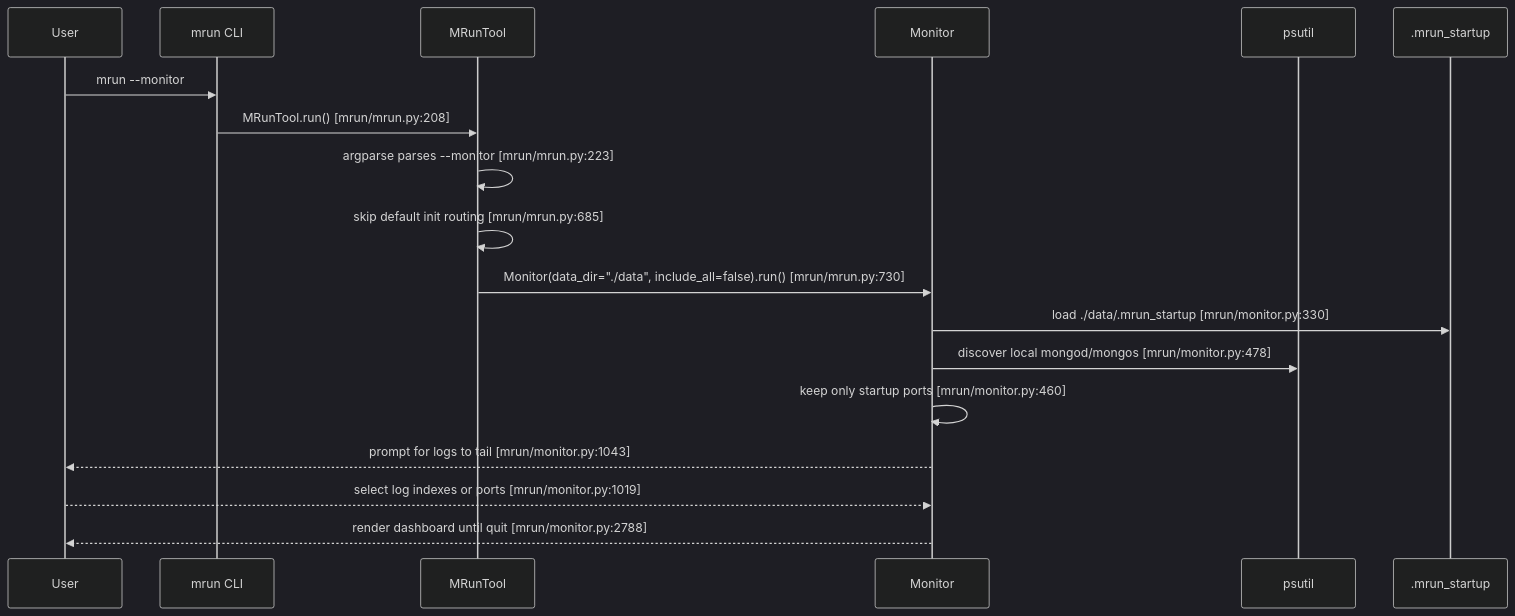
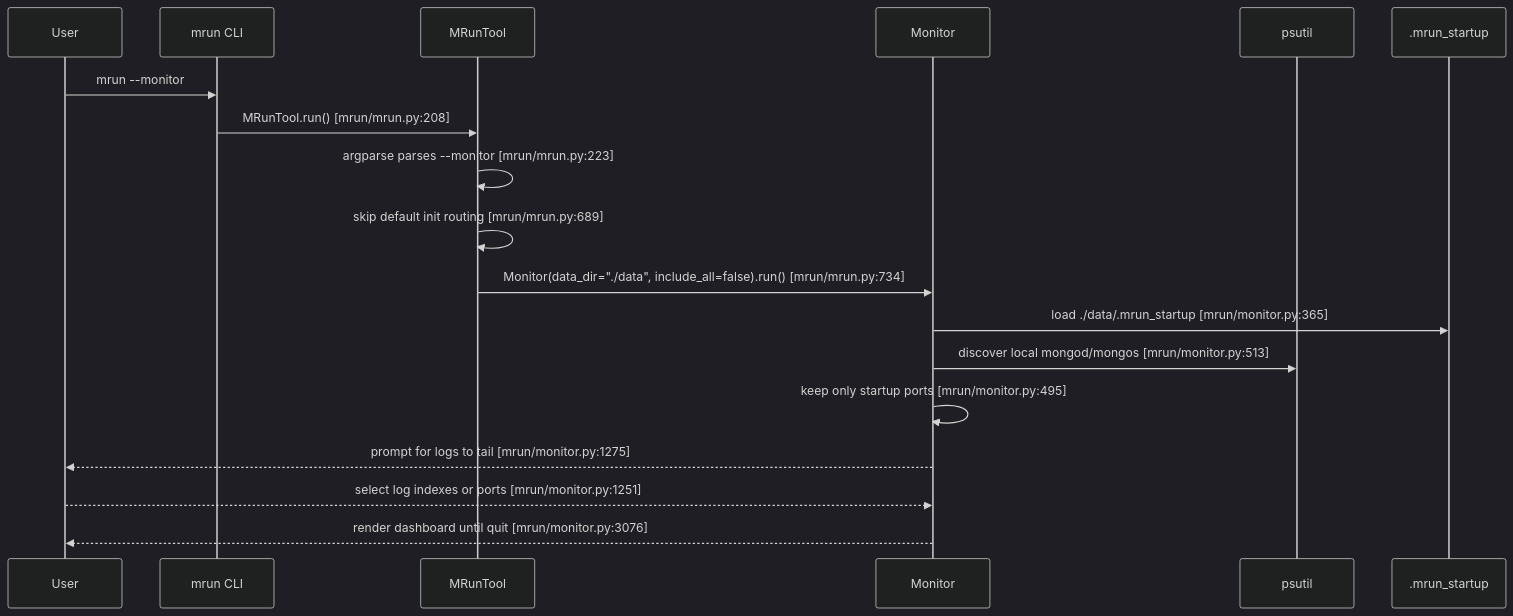
Before and after one commit to mongodb/mlaunch: the first of 12 diagrams in doc/feature-monitor-guide.md, drawn with Mermaid (dark theme). The commit also changed other lines of this file and 2 other files, not shown here.

Commit message:
docs: document roles and current ops monitor view

````diff
--- a/doc/feature-monitor-guide.md
+++ b/doc/feature-monitor-guide.md
@@ -146,21 +150,21 @@
 ```mermaid
 sequenceDiagram
     participant User
     participant CLI as mrun CLI
     participant Tool as MRunTool
     participant Monitor as Monitor
     participant PS as psutil
     participant FS as .mrun_startup
 
     User->>CLI: mrun --monitor
     CLI->>Tool: MRunTool.run() [mrun/mrun.py:208]
     Tool->>Tool: argparse parses --monitor [mrun/mrun.py:223]
-    Tool->>Tool: skip default init routing [mrun/mrun.py:685]
-    Tool->>Monitor: Monitor(data_dir="./data", include_all=false).run() [mrun/mrun.py:730]
-    Monitor->>FS: load ./data/.mrun_startup [mrun/monitor.py:330]
-    Monitor->>PS: discover local mongod/mongos [mrun/monitor.py:478]
-    Monitor->>Monitor: keep only startup ports [mrun/monitor.py:460]
-    Monitor-->>User: prompt for logs to tail [mrun/monitor.py:1043]
-    User-->>Monitor: select log indexes or ports [mrun/monitor.py:1019]
-    Monitor-->>User: render dashboard until quit [mrun/monitor.py:2788]
+    Tool->>Tool: skip default init routing [mrun/mrun.py:689]
+    Tool->>Monitor: Monitor(data_dir="./data", include_all=false).run() [mrun/mrun.py:734]
+    Monitor->>FS: load ./data/.mrun_startup [mrun/monitor.py:365]
+    Monitor->>PS: discover local mongod/mongos [mrun/monitor.py:513]
+    Monitor->>Monitor: keep only startup ports [mrun/monitor.py:495]
+    Monitor-->>User: prompt for logs to tail [mrun/monitor.py:1275]
+    User-->>Monitor: select log indexes or ports [mrun/monitor.py:1251]
+    Monitor-->>User: render dashboard until quit [mrun/monitor.py:3076]
 ```
````
